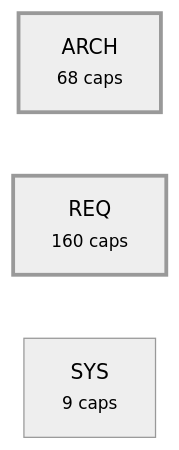
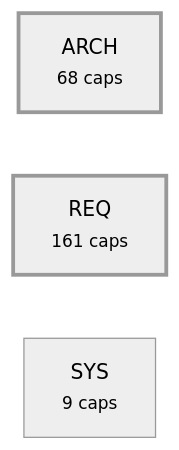
Before and after one commit to alxmax/Requirement-manager: the fourth of 5 diagrams in plugin/requirements/_map.md, drawn with Mermaid (neutral theme). The commit also changed other lines of this file and 13 other files, not shown here.

````diff
--- a/plugin/requirements/_map.md
+++ b/plugin/requirements/_map.md
@@ -950,8 +951,8 @@
 ```mermaid
 graph LR
   a_ARCH["ARCH<br><small>68 caps</small>"]
-  a_REQ["REQ<br><small>160 caps</small>"]
+  a_REQ["REQ<br><small>161 caps</small>"]
   a_SYS["SYS<br><small>9 caps</small>"]
   style a_ARCH stroke-width:3px
   style a_REQ stroke-width:3px
 ```
````
